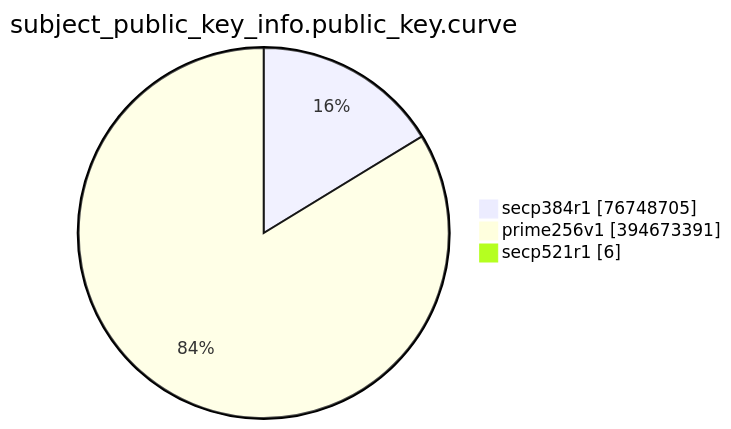
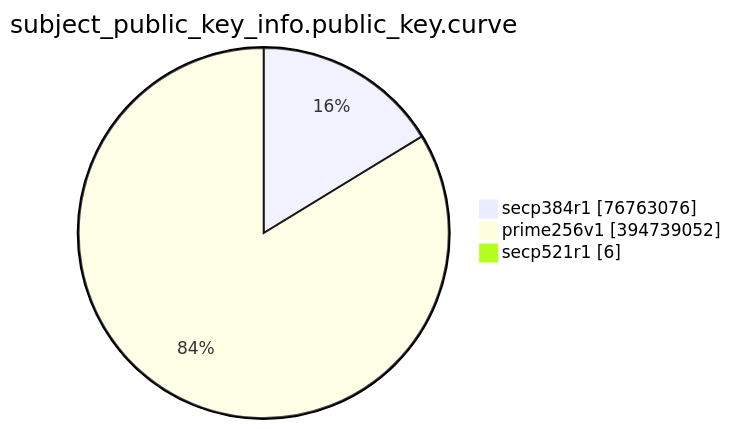
Before and after one commit to christiankrug/ctmonitor_visualization: the eighth of 15 diagrams in TOTAL/README.md, drawn with Mermaid. The commit also changed other lines of this file, not shown here.

````diff
--- a/TOTAL/README.md
+++ b/TOTAL/README.md
@@ -3094,7 +3094,7 @@
 ```mermaid
 pie showData
 title subject_public_key_info.public_key.curve
-"secp384r1" :76748705
-"prime256v1" :394673391
+"secp384r1" :76763076
+"prime256v1" :394739052
 "secp521r1" :6
 ```
````
